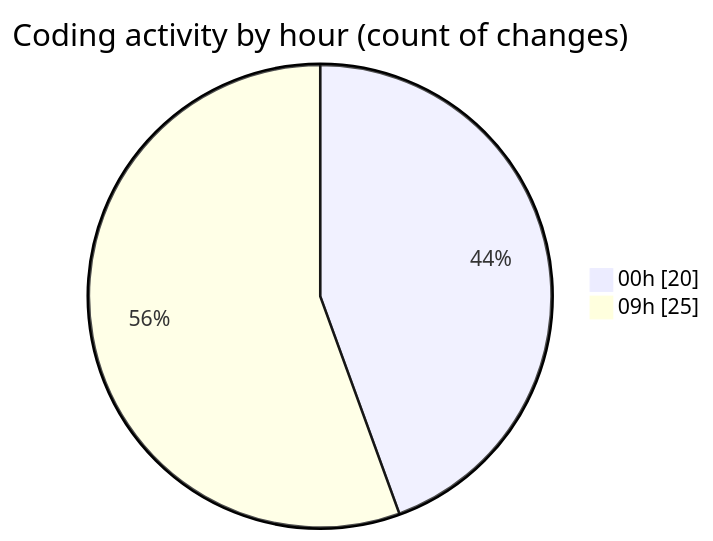
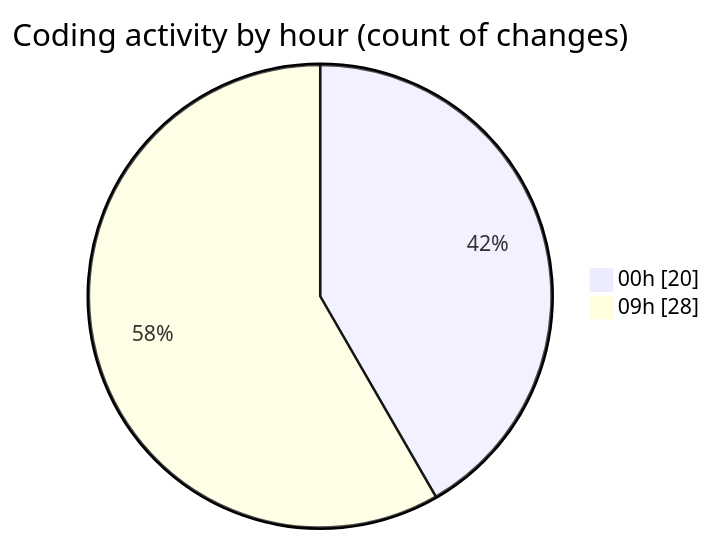
Before and after one commit to momahboobian/code-tracking: the second of 2 diagrams in 2025-03-19/cda/README.md, drawn with Mermaid. The commit also changed other lines of this file and 1 other file, not shown here.

````diff
--- a/2025-03-19/cda/README.md
+++ b/2025-03-19/cda/README.md
@@ -32,6 +32,6 @@
 ```mermaid
 pie showData
 title Coding activity by hour (count of changes)
 "00h" : 20
-"09h" : 25
+"09h" : 28
 ```
````
